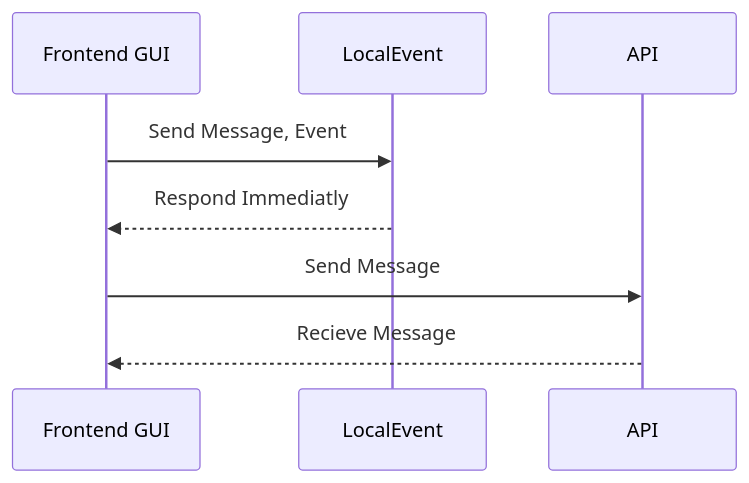
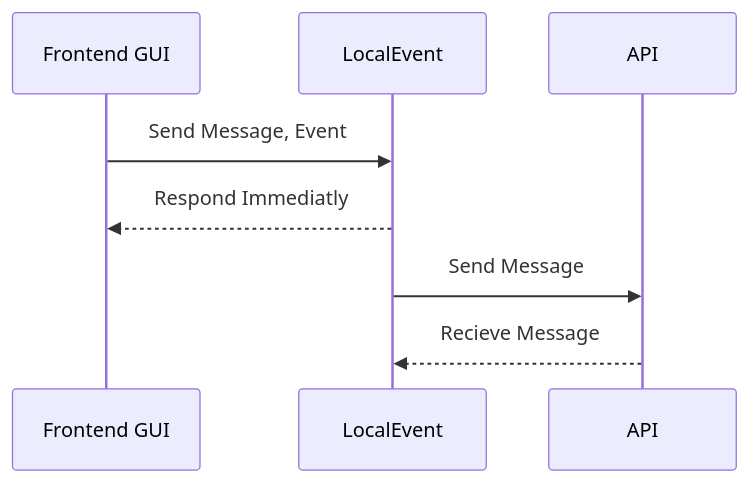
The diagram in readme.md (skyinformatics-biz/ptpro_communication), drawn with Mermaid before and after one commit.

````diff
--- a/readme.md
+++ b/readme.md
@@ -16,7 +16,7 @@
 ```mermaid
 sequenceDiagram
 Frontend GUI->> LocalEvent: Send Message, Event
 LocalEvent-->> Frontend GUI: Respond Immediatly
-Frontend GUI->> API: Send Message
-API-->> Frontend GUI: Recieve Message
+LocalEvent->> API: Send Message
+API-->> LocalEvent: Recieve Message
 ```
````
